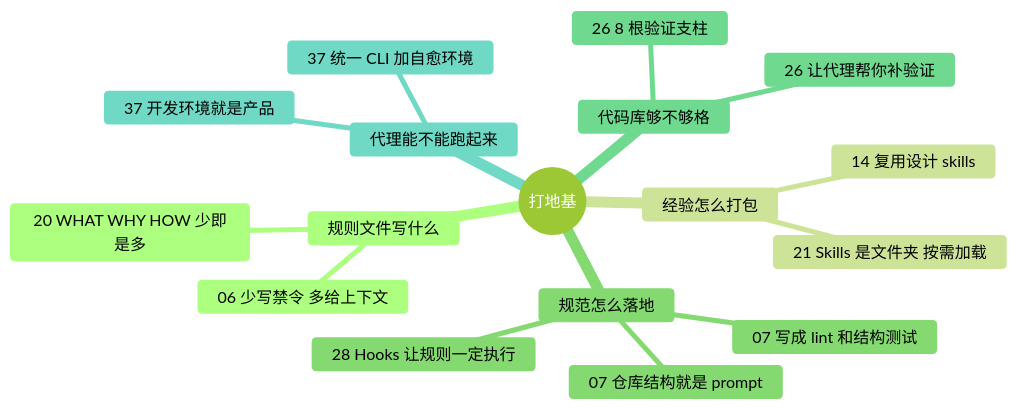
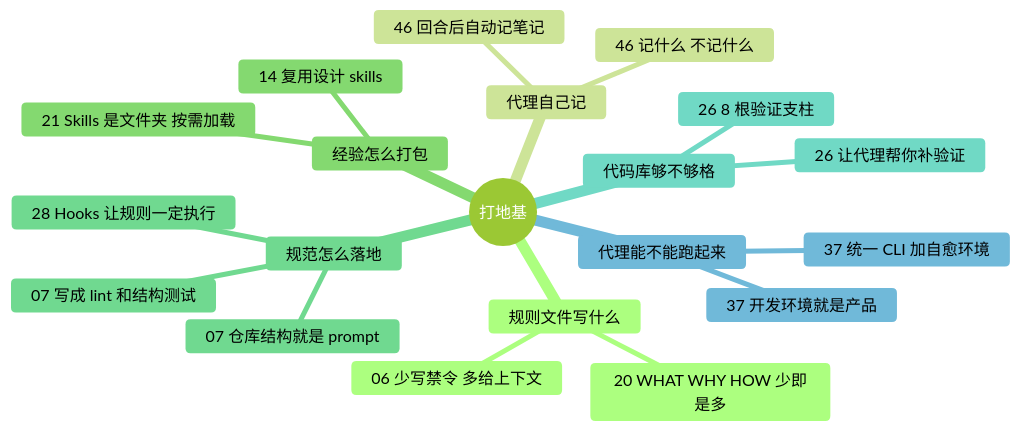
Before and after one commit to yzw7489757/ai-coding-videos: the diagram in docs/guide/foundation.md, drawn with Mermaid (forest theme). The commit also changed other lines of this file and 28 other files, not shown here.

````diff
--- a/docs/guide/foundation.md
+++ b/docs/guide/foundation.md
@@ -13,20 +13,23 @@
 ```mermaid
 mindmap
   root((打地基))
     规则文件写什么
       20 WHAT WHY HOW 少即是多
       06 少写禁令 多给上下文
+    代理自己记
+      46 回合后自动记笔记
+      46 记什么 不记什么
     经验怎么打包
       21 Skills 是文件夹 按需加载
       14 复用设计 skills
     规范怎么落地
       07 写成 lint 和结构测试
       07 仓库结构就是 prompt
       28 Hooks 让规则一定执行
     代码库够不够格
       26 8 根验证支柱
       26 让代理帮你补验证
     代理能不能跑起来
       37 开发环境就是产品
       37 统一 CLI 加自愈环境
 ```
````
